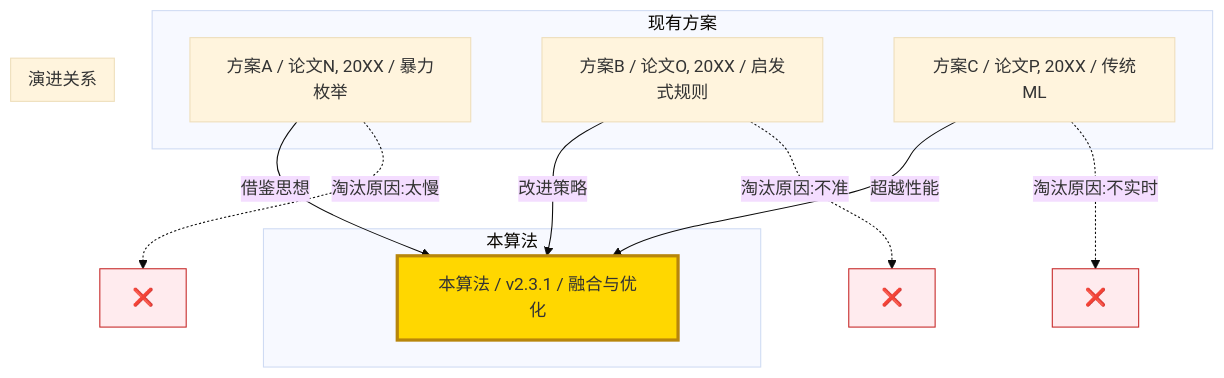
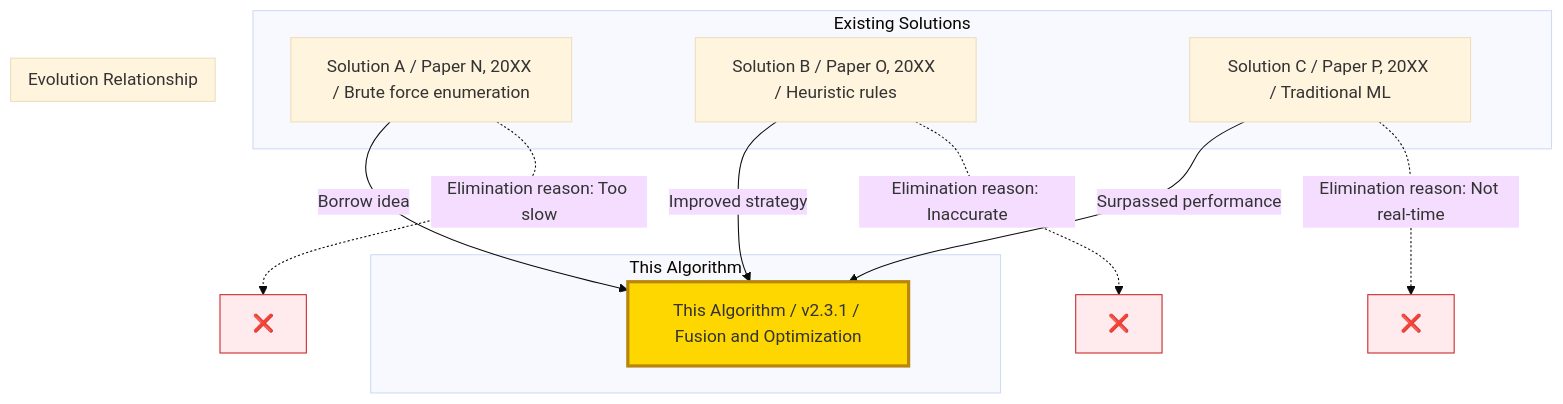
Before and after one commit to Kirky-X/cangjie: the third of 10 diagrams in templates/产品/技术层/【模板】核心算法文档.md, drawn with Mermaid (base theme). The commit also changed other lines of this file and 60 other files, not shown here.

````diff
--- a/templates/产品/技术层/【模板】核心算法文档.md
+++ b/templates/产品/技术层/【模板】核心算法文档.md
@@ -237,27 +237,27 @@
 ```mermaid
 graph TB
-    subgraph 现有方案
-        O1[方案A / 论文N, 20XX / 暴力枚举]
-        O2[方案B / 论文O, 20XX / 启发式规则]
-        O3[方案C / 论文P, 20XX / 传统ML]
+    subgraph Existing Solutions
+        O1[Solution A / Paper N, 20XX / Brute force enumeration]
+        O2[Solution B / Paper O, 20XX / Heuristic rules]
+        O3[Solution C / Paper P, 20XX / Traditional ML]
     end
 
-    subgraph 本算法
-        NEW[本算法 / v2.3.1 / 融合与优化]
+    subgraph This Algorithm
+        NEW[This Algorithm / v2.3.1 / Fusion and Optimization]
     end
 
-    subgraph 演进关系
-        O1 -->|借鉴思想| NEW
-        O2 -->|改进策略| NEW
-        O3 -->|超越性能| NEW
+    subgraph Evolution Relationship
+        O1 -->|Borrow idea| NEW
+        O2 -->|Improved strategy| NEW
+        O3 -->|Surpassed performance| NEW
     end
 
-    O1 -.->|淘汰原因:太慢| X1[❌]
-    O2 -.->|淘汰原因:不准| X2[❌]
-    O3 -.->|淘汰原因:不实时| X3[❌]
+    O1 -.->|Elimination reason: Too slow| X1[❌]
+    O2 -.->|Elimination reason: Inaccurate| X2[❌]
+    O3 -.->|Elimination reason: Not real-time| X3[❌]
 
     style NEW fill:#ffd700,stroke:#b8860b,stroke-width:3px
     style X1 fill:#ffebee,stroke:#c62828
     style X2 fill:#ffebee,stroke:#c62828
     style X3 fill:#ffebee,stroke:#c62828
 ```
````
